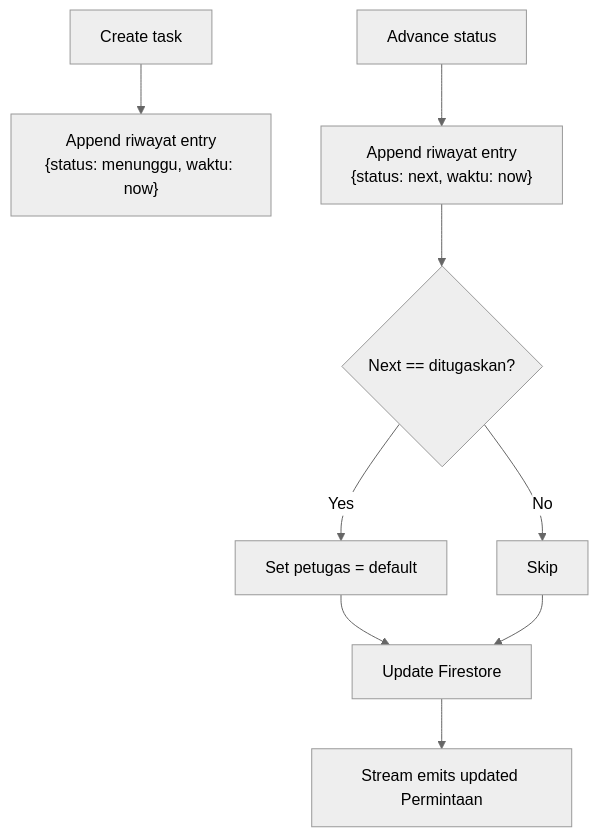
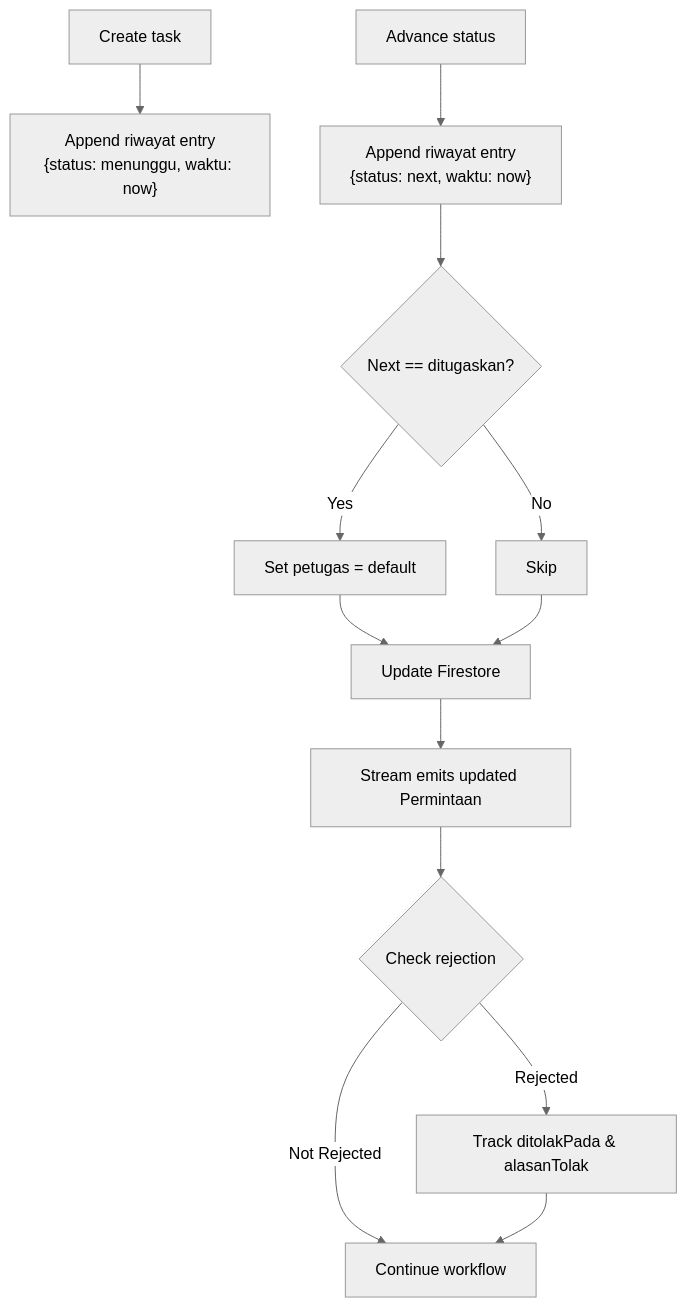
The fifth of 7 diagrams in .qoder/repowiki/en/content/Mobile Application/Staff Workflow/Task Detail Screen.md (rdsarjito/whoosh-ramah), drawn with Mermaid (neutral theme) before and after one commit. The commit also changed other lines of this file and 68 other files, not shown here.

````diff
--- a/.qoder/repowiki/en/content/Mobile Application/Staff Workflow/Task Detail Screen.md
+++ b/.qoder/repowiki/en/content/Mobile Application/Staff Workflow/Task Detail Screen.md
@@ -213,11 +264,15 @@
 ```mermaid
 flowchart TD
 Create["Create task"] --> InitHistory["Append riwayat entry<br/>{status: menunggu, waktu: now}"]
 Advance["Advance status"] --> AppendAudit["Append riwayat entry<br/>{status: next, waktu: now}"]
 AppendAudit --> SetOfficer{"Next == ditugaskan?"}
 SetOfficer --> |Yes| Assign["Set petugas = default"]
 SetOfficer --> |No| Skip["Skip"]
 Assign --> Persist["Update Firestore"]
 Skip --> Persist
 Persist --> Emit["Stream emits updated Permintaan"]
+Emit --> CheckReject{"Check rejection"}
+CheckReject --> |Rejected| TrackReject["Track ditolakPada & alasanTolak"]
+CheckReject --> |Not Rejected| Continue["Continue workflow"]
+TrackReject --> Continue
 ```
````
